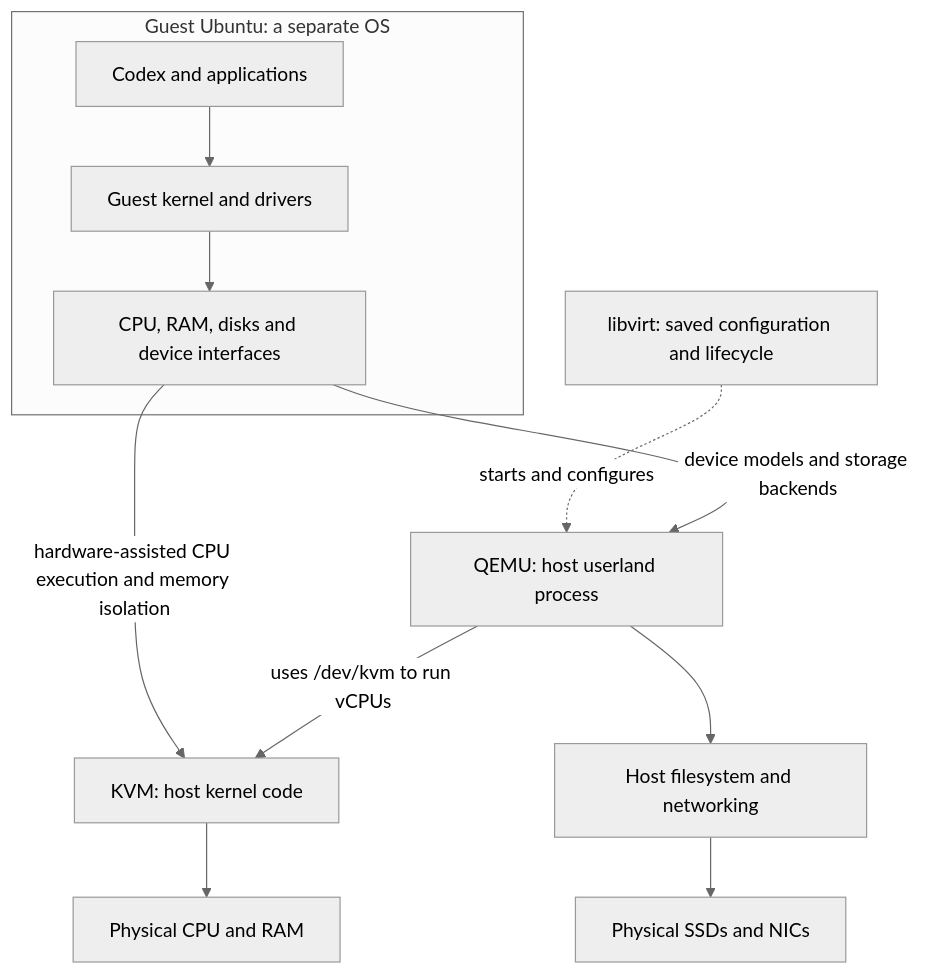
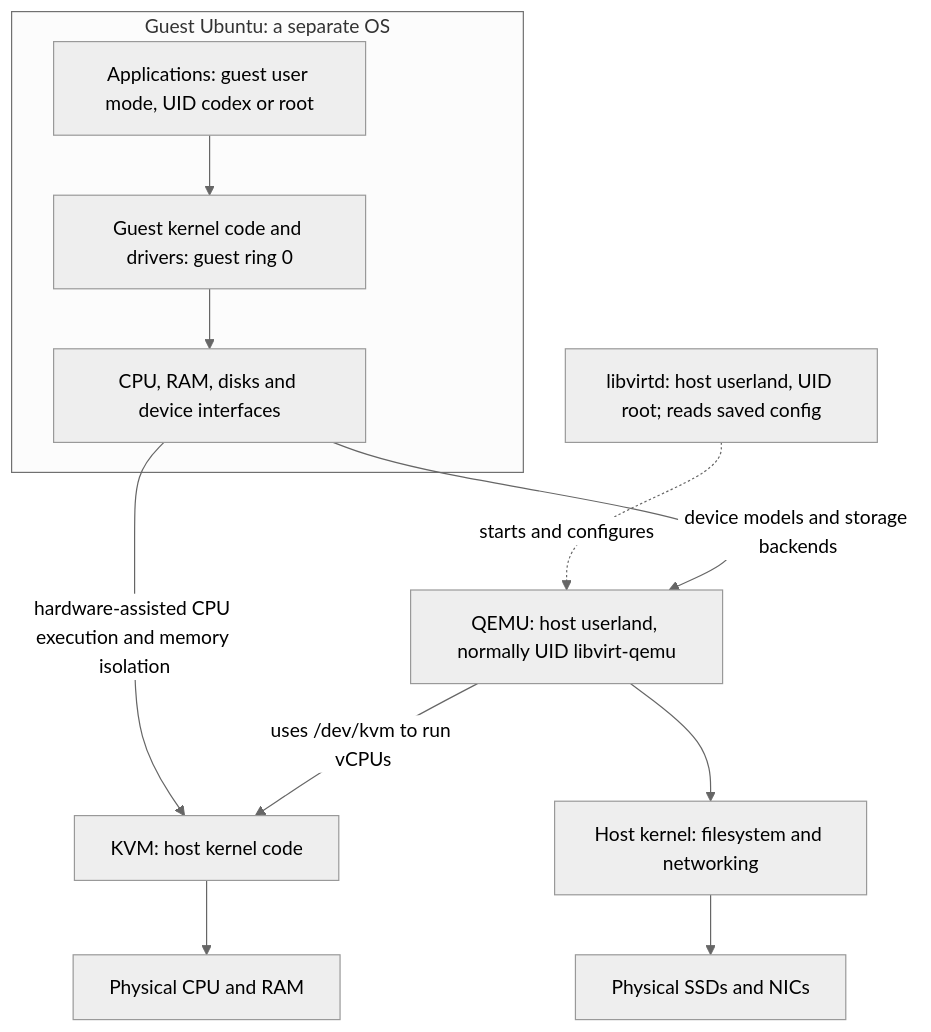
Before and after one commit to andyjakubowski/dotfiles-ubuntu: the first of 9 diagrams in docs/gpu-vm-explained.md, drawn with Mermaid (neutral theme). The commit also changed other lines of this file and 9 other files, not shown here.

````diff
--- a/docs/gpu-vm-explained.md
+++ b/docs/gpu-vm-explained.md
@@ -42,14 +85,14 @@
 ```mermaid
 flowchart TB
-    management["libvirt: saved configuration and lifecycle"] -.->|"starts and configures"| qemu
+    management["libvirtd: host userland, UID root; reads saved config"] -.->|"starts and configures"| qemu
     subgraph guest["Guest Ubuntu: a separate OS"]
-        apps["Codex and applications"] --> kernel["Guest kernel and drivers"]
+        apps["Applications: guest user mode, UID codex or root"] --> kernel["Guest kernel code and drivers: guest ring 0"]
         kernel --> machine["CPU, RAM, disks and device interfaces"]
     end
-    machine -->|"device models and storage backends"| qemu["QEMU: host userland process"]
+    machine -->|"device models and storage backends"| qemu["QEMU: host userland, normally UID libvirt-qemu"]
     machine -->|"hardware-assisted CPU execution and memory isolation"| kvm["KVM: host kernel code"]
     qemu -->|"uses /dev/kvm to run vCPUs"| kvm
-    qemu --> storage["Host filesystem and networking"]
+    qemu --> storage["Host kernel: filesystem and networking"]
     kvm --> hardware["Physical CPU and RAM"]
     storage --> devices["Physical SSDs and NICs"]
 ```
````
